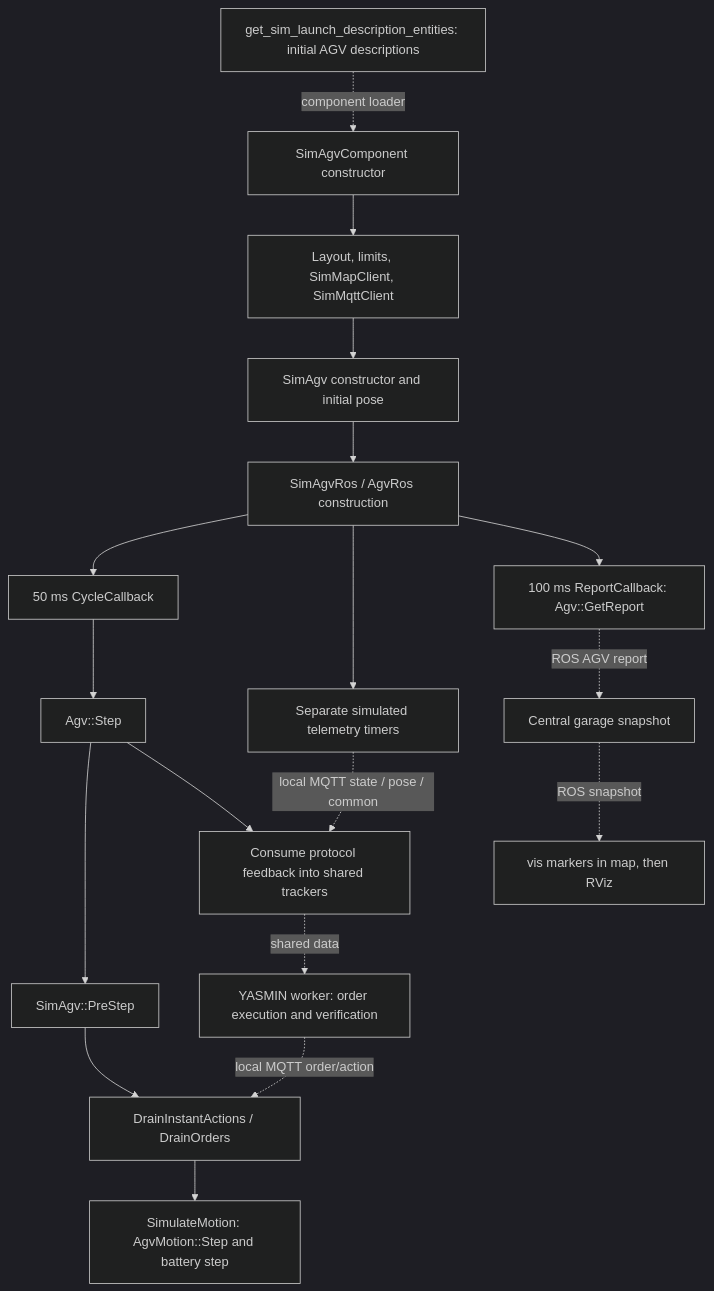
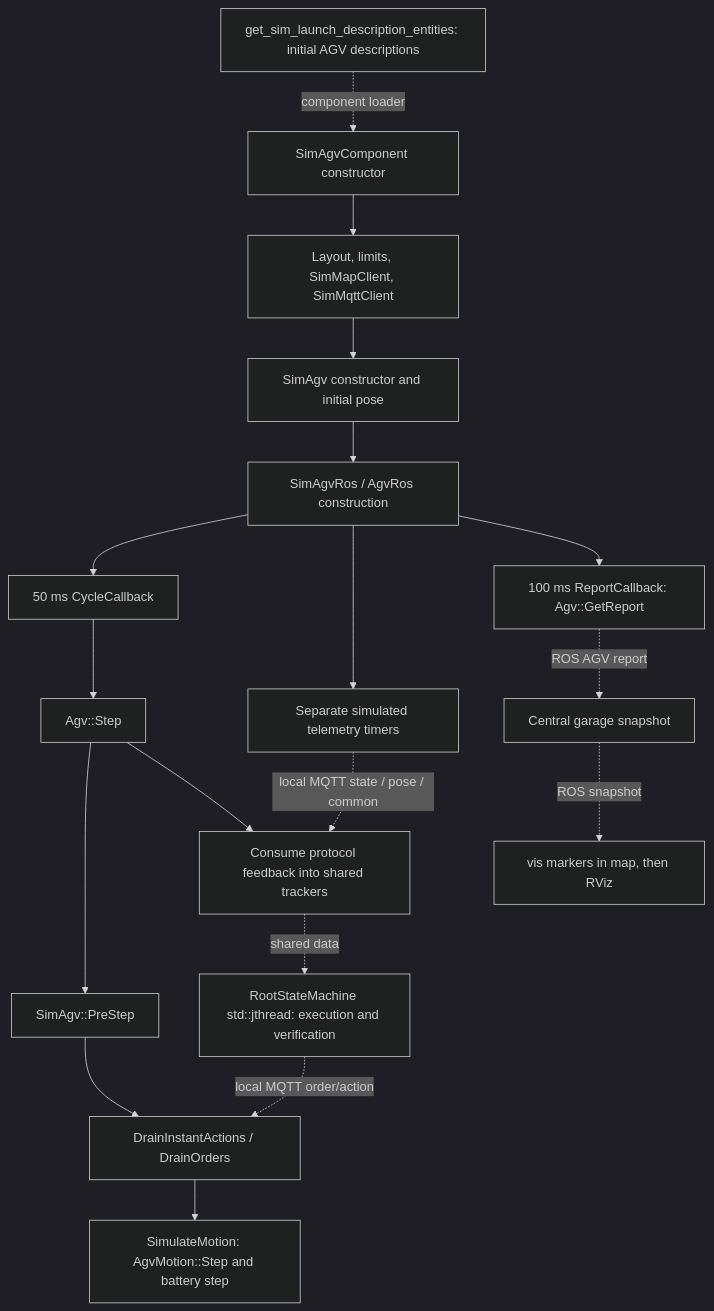
The eighth of 8 diagrams in subsystems/sim/volley_launcher_package.md (volleyjgonzales/volley_notes), drawn with Mermaid (dark theme) before and after one commit. The commit also changed other lines of this file and 11 other files, not shown here.

````diff
--- a/subsystems/sim/volley_launcher_package.md
+++ b/subsystems/sim/volley_launcher_package.md
@@ -342,20 +342,20 @@
 ```mermaid
 flowchart TD
     L["get_sim_launch_description_entities: initial AGV descriptions"] -. "component loader" .-> C["SimAgvComponent constructor"]
     C --> M["Layout, limits, SimMapClient, SimMqttClient"]
     M --> A["SimAgv constructor and initial pose"]
     A --> R["SimAgvRos / AgvRos construction"]
     R --> T["50 ms CycleCallback"]
     T --> S["Agv::Step"]
     S --> P["SimAgv::PreStep"]
     P --> D["DrainInstantActions / DrainOrders"]
     D --> K["SimulateMotion: AgvMotion::Step and battery step"]
     S --> F["Consume protocol feedback into shared trackers"]
-    F -. "shared data" .-> Y["YASMIN worker: order execution and verification"]
+    F -. "shared data" .-> Y["RootStateMachine std::jthread: execution and verification"]
     Y -. "local MQTT order/action" .-> D
     R --> U["Separate simulated telemetry timers"]
     U -. "local MQTT state / pose / common" .-> F
     R --> O["100 ms ReportCallback: Agv::GetReport"]
     O -. "ROS AGV report" .-> G["Central garage snapshot"]
     G -. "ROS snapshot" .-> V["vis markers in map, then RViz"]
 ```
````
